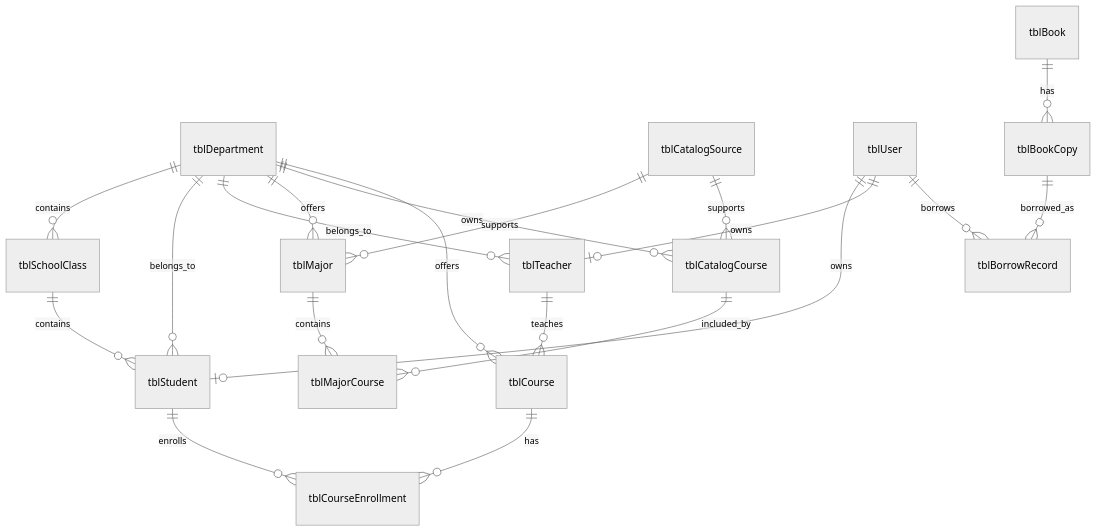
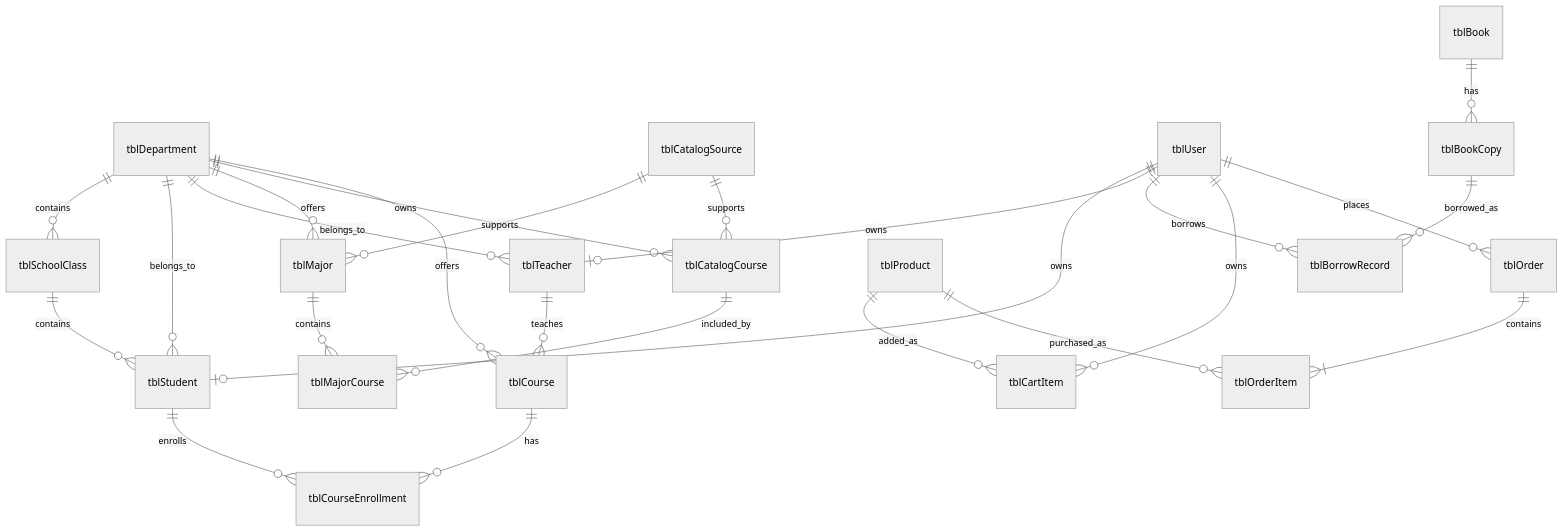
The diagram in docs/数据库设计说明.md (WXH-seu/SEU-CS-SummerSchool-2026), drawn with Mermaid (neutral theme) before and after one commit. The commit also changed other lines of this file and 31 other files, not shown here.

````diff
--- a/docs/数据库设计说明.md
+++ b/docs/数据库设计说明.md
@@ -13,22 +13,27 @@
 ```mermaid
 erDiagram
     tblDepartment ||--o{ tblSchoolClass : contains
     tblDepartment ||--o{ tblStudent : belongs_to
     tblDepartment ||--o{ tblTeacher : belongs_to
     tblDepartment ||--o{ tblMajor : offers
     tblDepartment ||--o{ tblCatalogCourse : owns
     tblCatalogSource ||--o{ tblMajor : supports
     tblCatalogSource ||--o{ tblCatalogCourse : supports
     tblMajor ||--o{ tblMajorCourse : contains
     tblCatalogCourse ||--o{ tblMajorCourse : included_by
     tblSchoolClass ||--o{ tblStudent : contains
     tblUser ||--o| tblStudent : owns
     tblUser ||--o| tblTeacher : owns
     tblTeacher ||--o{ tblCourse : teaches
     tblDepartment ||--o{ tblCourse : offers
     tblStudent ||--o{ tblCourseEnrollment : enrolls
     tblCourse ||--o{ tblCourseEnrollment : has
     tblBook ||--o{ tblBookCopy : has
     tblBookCopy ||--o{ tblBorrowRecord : borrowed_as
     tblUser ||--o{ tblBorrowRecord : borrows
+    tblUser ||--o{ tblCartItem : owns
+    tblUser ||--o{ tblOrder : places
+    tblProduct ||--o{ tblCartItem : added_as
+    tblProduct ||--o{ tblOrderItem : purchased_as
+    tblOrder ||--|{ tblOrderItem : contains
 ```
````
